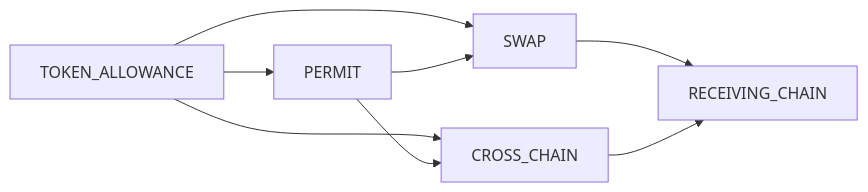
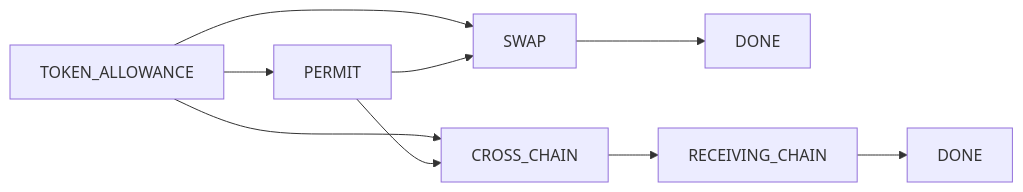
One commit to lifinance/sdk changed the first of 6 diagrams in packages/sdk/EXECUTION_FLOW.md. Above: the diagram before and after it, drawn with Mermaid. The commit also changed other lines of this file and 24 other files, not shown here.

````diff
--- a/packages/sdk/EXECUTION_FLOW.md
+++ b/packages/sdk/EXECUTION_FLOW.md
@@ -9,10 +9,11 @@
 ```mermaid
 flowchart LR
     TA[TOKEN_ALLOWANCE] --> P[PERMIT]
     TA --> S[SWAP]
     TA --> CC[CROSS_CHAIN]
     P --> S
     P --> CC
-    S --> RC[RECEIVING_CHAIN]
-    CC --> RC
+    S --> D1[DONE]
+    CC --> RC[RECEIVING_CHAIN]
+    RC --> D2[DONE]
 ```
````
